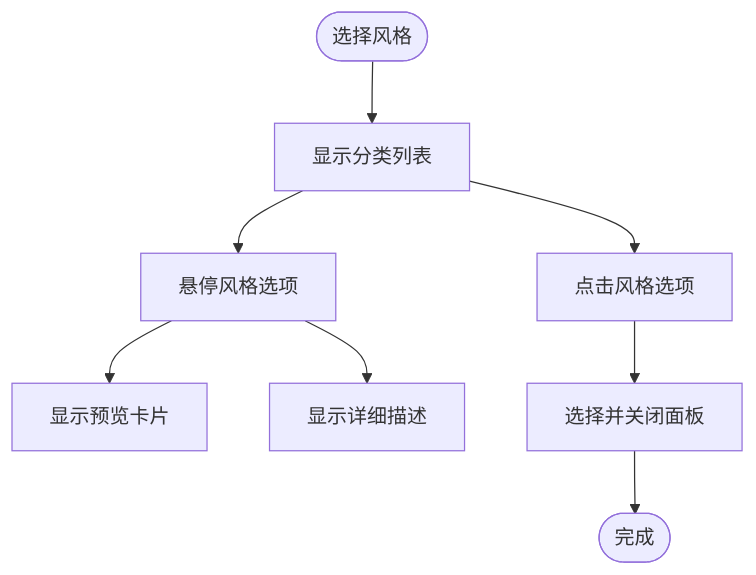
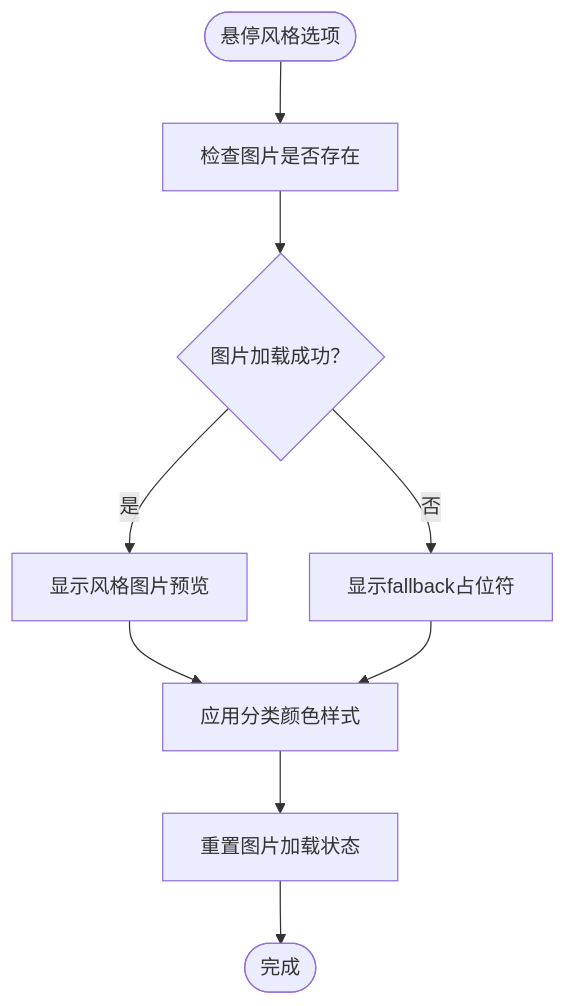
The seventh of 8 diagrams in .qoder/repowiki/zh/content/前端组件架构/样式与主题.md (lyl2021/waoowaoo), drawn with Mermaid before and after one commit. The commit also changed other lines of this file and 41 other files, not shown here.

````diff
--- a/.qoder/repowiki/zh/content/前端组件架构/样式与主题.md
+++ b/.qoder/repowiki/zh/content/前端组件架构/样式与主题.md
@@ -325,10 +330,11 @@
 ```mermaid
 flowchart TD
-Start(["选择风格"]) --> Categories["显示分类列表"]
-Categories --> Hover["悬停风格选项"]
-Hover --> Preview["显示预览卡片"]
-Hover --> Description["显示详细描述"]
-Categories --> Click["点击风格选项"]
-Click --> Select["选择并关闭面板"]
-Select --> End(["完成"])
+Start(["悬停风格选项"]) --> CheckImg["检查图片是否存在"]
+CheckImg --> ImgExists{"图片加载成功？"}
+ImgExists --> |是| ShowImg["显示风格图片预览"]
+ImgExists --> |否| ShowFallback["显示fallback占位符"]
+ShowImg --> CategoryColor["应用分类颜色样式"]
+ShowFallback --> CategoryColor
+CategoryColor --> ResetError["重置图片加载状态"]
+ResetError --> End(["完成"])
 ```
````
